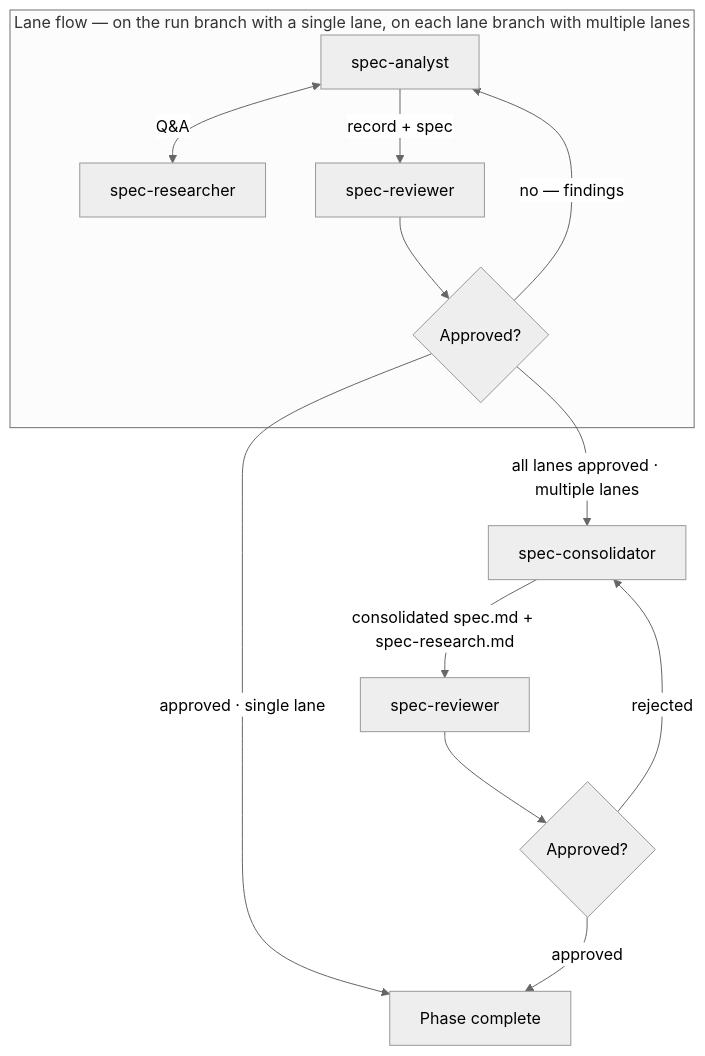
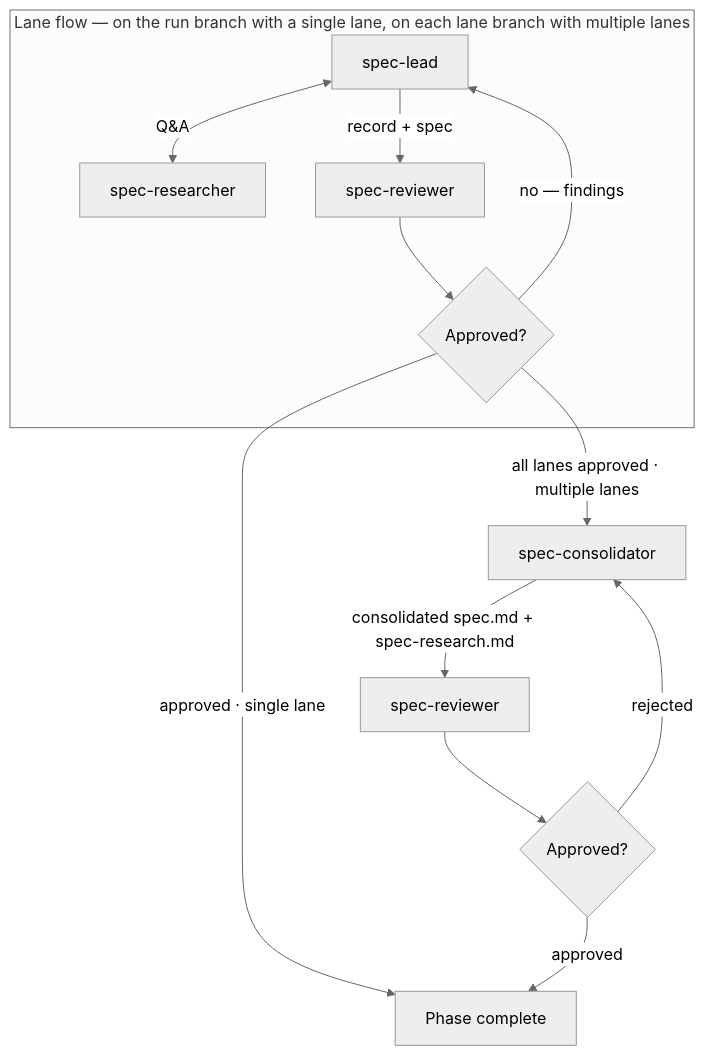
The diagram in skills/radical-pipelines/reference/autonomous-phases/1 - spec.md (Automattic/radical-pipelines), drawn with Mermaid (neutral theme) before and after one commit. The commit also changed other lines of this file and 15 other files, not shown here.

First line of the commit message:
Name the phase-owner seat: spec-lead and design-doc-lead

````diff
--- a/skills/radical-pipelines/reference/autonomous-phases/1 - spec.md
+++ b/skills/radical-pipelines/reference/autonomous-phases/1 - spec.md
@@ -53,15 +53,15 @@
 ```mermaid
 flowchart TD
     subgraph lane ["Lane flow — on the run branch with a single lane, on each lane branch with multiple lanes"]
-        B[spec-analyst] <-->|Q&A| C[spec-researcher]
+        B[spec-lead] <-->|Q&A| C[spec-researcher]
         B -->|record + spec| E[spec-reviewer]
         E --> F{Approved?}
         F -->|no — findings| B
     end
     F -->|approved · single lane| K[Phase complete]
     F -->|all lanes approved · multiple lanes| H[spec-consolidator]
     H -->|consolidated spec.md + spec-research.md| I[spec-reviewer]
     I --> J{Approved?}
     J -->|rejected| H
     J -->|approved| K
 ```
````
